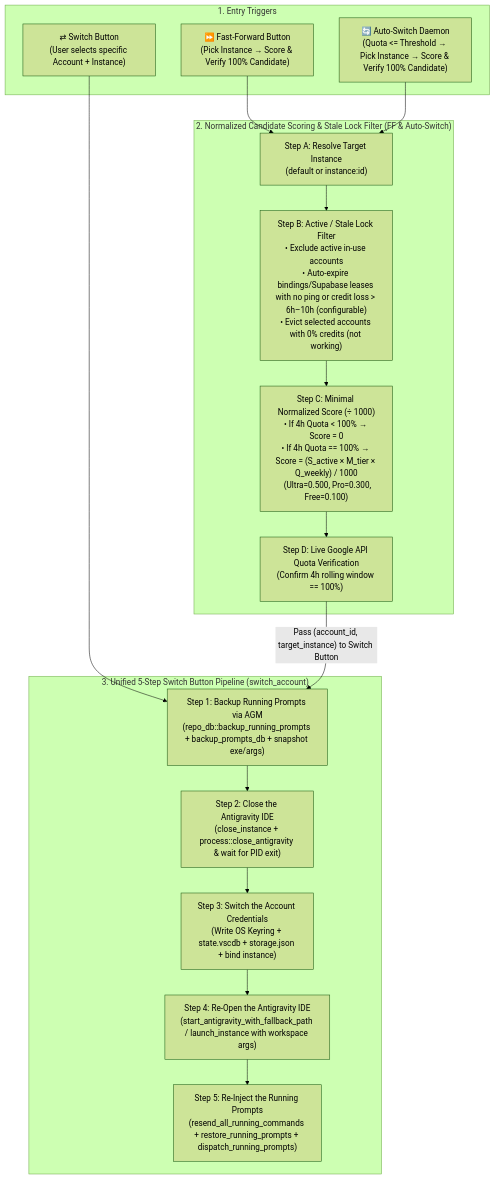
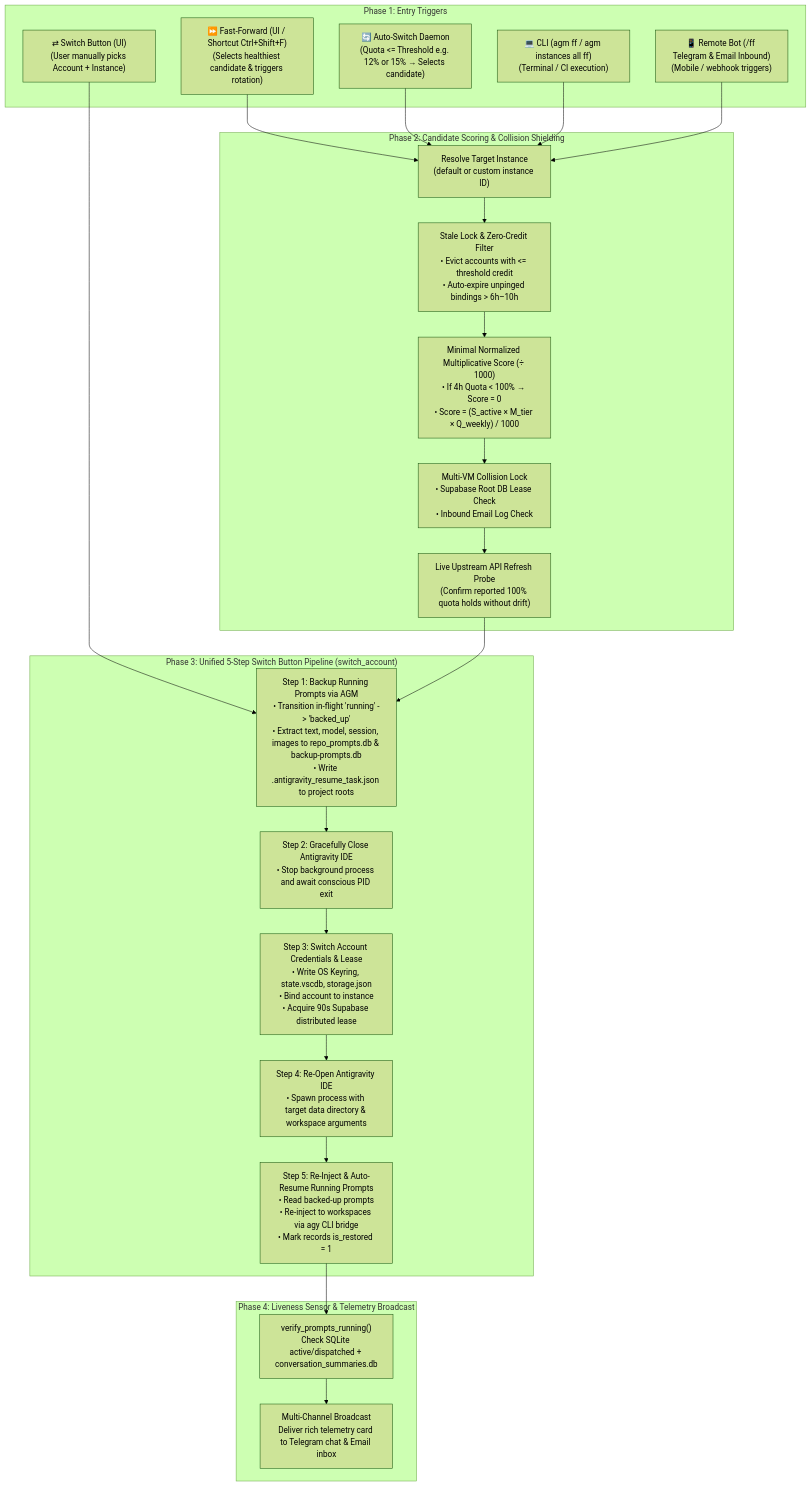
Before and after one commit to alimtvnetwork/Antigravity-Manager: the diagram in 02-spec/21-app/01-unified-switch-fast-forward-autoswitch-spec.md, drawn with Mermaid (forest theme). The commit also changed other lines of this file and 21 other files, not shown here.

Commit message:
feat(core,cli): add two-tier json envelope, format inspector, and multi-instance broadcast auto-switch

````diff
--- a/02-spec/21-app/01-unified-switch-fast-forward-autoswitch-spec.md
+++ b/02-spec/21-app/01-unified-switch-fast-forward-autoswitch-spec.md
@@ -23,30 +24,44 @@
 ```mermaid
 flowchart TD
-    subgraph Triggers["1. Entry Triggers"]
-        BTN_SW["⇄ Switch Button<br/>(User selects specific Account + Instance)"]
-        BTN_FF["⏩ Fast-Forward Button<br/>(Pick Instance → Score & Verify 100% Candidate)"]
-        DAEMON_AS["🔄 Auto-Switch Daemon<br/>(Quota <= Threshold → Pick Instance → Score & Verify 100% Candidate)"]
+    subgraph Triggers["Phase 1: Entry Triggers"]
+        BTN_SW["⇄ Switch Button (UI)<br/>(User manually picks Account + Instance)"]
+        BTN_FF["⏩ Fast-Forward (UI / Shortcut Ctrl+Shift+F)<br/>(Selects healthiest candidate & triggers rotation)"]
+        DAEMON_AS["🔄 Auto-Switch Daemon<br/>(Quota <= Threshold e.g. 12% or 15% → Selects candidate)"]
+        CLI_FF["💻 CLI (agm ff / agm instances all ff)<br/>(Terminal / CI execution)"]
+        REMOTE_FF["📱 Remote Bot (/ff Telegram & Email Inbound)<br/>(Mobile / webhook triggers)"]
     end
 
-    subgraph Scoring["2. Normalized Candidate Scoring & Stale Lock Filter (FF & Auto-Switch)"]
-        PICK_INST["Step A: Resolve Target Instance<br/>(default or instance:id)"]
-        STALE_FILTER["Step B: Active / Stale Lock Filter<br/>• Exclude active in-use accounts<br/>• Auto-expire bindings/Supabase leases with no ping or credit loss > 6h–10h (configurable)<br/>• Evict selected accounts with 0% credits (not working)"]
-        SCORE_CALC["Step C: Minimal Normalized Score (÷ 1000)<br/>• If 4h Quota < 100% → Score = 0<br/>• If 4h Quota == 100% → Score = (S_active × M_tier × Q_weekly) / 1000<br/>  (Ultra=0.500, Pro=0.300, Free=0.100)"]
-        LIVE_VERIFY["Step D: Live Google API Quota Verification<br/>(Confirm 4h rolling window == 100%)"]
-        PICK_INST --> STALE_FILTER --> SCORE_CALC --> LIVE_VERIFY
+    subgraph CandidateEngine["Phase 2: Candidate Scoring & Collision Shielding"]
+        PICK_INST["Resolve Target Instance<br/>(default or custom instance ID)"]
+        STALE_CHECK["Stale Lock & Zero-Credit Filter<br/>• Evict accounts with <= threshold credit<br/>• Auto-expire unpinged bindings > 6h–10h"]
+        SCORE_CALC["Minimal Normalized Multiplicative Score (÷ 1000)<br/>• If 4h Quota < 100% → Score = 0<br/>• Score = (S_active × M_tier × Q_weekly) / 1000"]
+        LEASE_CHECK["Multi-VM Collision Lock<br/>• Supabase Root DB Lease Check<br/>• Inbound Email Log Check"]
+        LIVE_PROBE["Live Upstream API Refresh Probe<br/>(Confirm reported 100% quota holds without drift)"]
+        
+        PICK_INST --> STALE_CHECK --> SCORE_CALC --> LEASE_CHECK --> LIVE_PROBE
     end
 
-    subgraph SwitchPipeline["3. Unified 5-Step Switch Button Pipeline (switch_account)"]
-        STEP1["Step 1: Backup Running Prompts via AGM<br/>(repo_db::backup_running_prompts + backup_prompts_db + snapshot exe/args)"]
-        STEP2["Step 2: Close the Antigravity IDE<br/>(close_instance + process::close_antigravity & wait for PID exit)"]
-        STEP3["Step 3: Switch the Account Credentials<br/>(Write OS Keyring + state.vscdb + storage.json + bind instance)"]
-        STEP4["Step 4: Re-Open the Antigravity IDE<br/>(start_antigravity_with_fallback_path / launch_instance with workspace args)"]
-        STEP5["Step 5: Re-Inject the Running Prompts<br/>(resend_all_running_commands + restore_running_prompts + dispatch_running_prompts)"]
+    subgraph SwitchPipeline["Phase 3: Unified 5-Step Switch Button Pipeline (switch_account)"]
+        STEP1["Step 1: Backup Running Prompts via AGM<br/>• Transition in-flight 'running' -> 'backed_up'<br/>• Extract text, model, session, images to repo_prompts.db & backup-prompts.db<br/>• Write .antigravity_resume_task.json to project roots"]
+        STEP2["Step 2: Gracefully Close Antigravity IDE<br/>• Stop background process and await conscious PID exit"]
+        STEP3["Step 3: Switch Account Credentials & Lease<br/>• Write OS Keyring, state.vscdb, storage.json<br/>• Bind account to instance<br/>• Acquire 90s Supabase distributed lease"]
+        STEP4["Step 4: Re-Open Antigravity IDE<br/>• Spawn process with target data directory & workspace arguments"]
+        STEP5["Step 5: Re-Inject & Auto-Resume Running Prompts<br/>• Read backed-up prompts<br/>• Re-inject to workspaces via agy CLI bridge<br/>• Mark records is_restored = 1"]
+        
         STEP1 --> STEP2 --> STEP3 --> STEP4 --> STEP5
+    end
+
+    subgraph Verification["Phase 4: Liveness Sensor & Telemetry Broadcast"]
+        VERIFY["verify_prompts_running()<br/>Check SQLite active/dispatched + conversation_summaries.db"]
+        TELEMETRY["Multi-Channel Broadcast<br/>Deliver rich telemetry card to Telegram chat & Email inbox"]
+        VERIFY --> TELEMETRY
     end
 
     BTN_SW --> STEP1
     BTN_FF --> PICK_INST
     DAEMON_AS --> PICK_INST
-    LIVE_VERIFY -- "Pass (account_id, target_instance) to Switch Button" --> STEP1
+    CLI_FF --> PICK_INST
+    REMOTE_FF --> PICK_INST
+    LIVE_PROBE --> STEP1
+    STEP5 --> VERIFY
 ```
````
